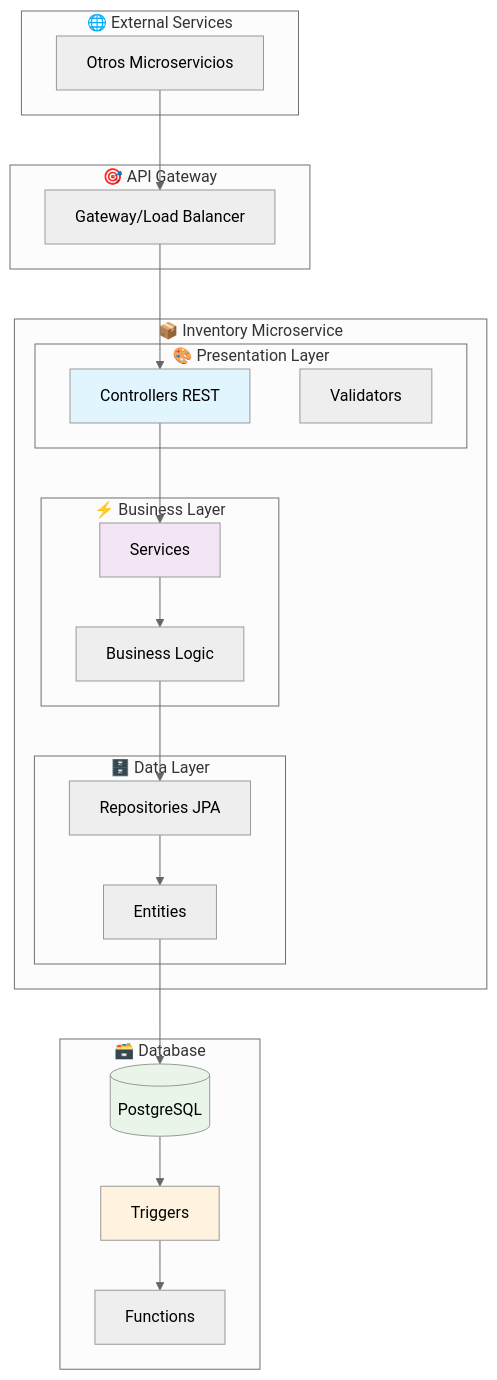
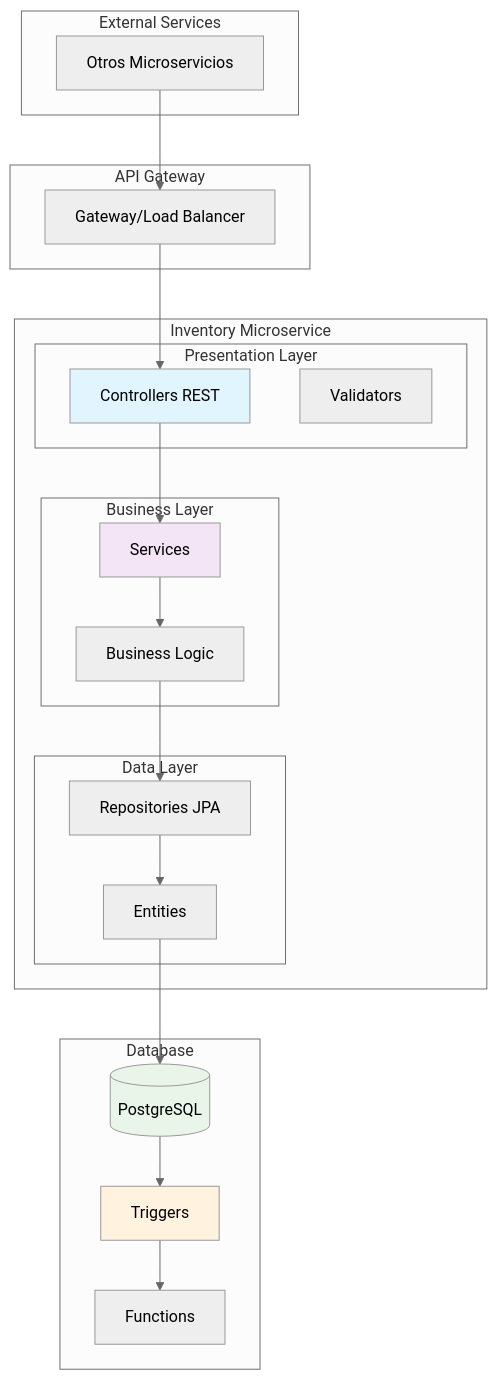
The first of 3 diagrams in README.md (jonaszubietaleon/vg-ms-transaction), drawn with Mermaid (neutral theme) before and after one commit. The commit also changed other lines of this file, not shown here.

````diff
--- a/README.md
+++ b/README.md
@@ -38,48 +38,48 @@
 ```mermaid
 graph TB
-    subgraph "🌐 External Services"
+    subgraph "External Services"
         EXT[Otros Microservicios]
     end
     
-    subgraph "🎯 API Gateway"
+    subgraph "API Gateway"
         GW[Gateway/Load Balancer]
     end
     
-    subgraph "📦 Inventory Microservice"
-        subgraph "🎨 Presentation Layer"
+    subgraph "Inventory Microservice"
+        subgraph "Presentation Layer"
             CTR[Controllers REST]
             VAL[Validators]
         end
         
-        subgraph "⚡ Business Layer"
+        subgraph "Business Layer"
             SRV[Services]
             LOGIC[Business Logic]
         end
         
-        subgraph "🗄️ Data Layer"
+        subgraph "Data Layer"
             REPO[Repositories JPA]
             ENT[Entities]
         end
     end
     
-    subgraph "🗃️ Database"
+    subgraph "Database"
         DB[(PostgreSQL)]
         TRG[Triggers]
         FUNC[Functions]
     end
     
     EXT --> GW
     GW --> CTR
     CTR --> SRV
     SRV --> LOGIC
     LOGIC --> REPO
     REPO --> ENT
     ENT --> DB
     DB --> TRG
     TRG --> FUNC
     
     style CTR fill:#e1f5fe
     style SRV fill:#f3e5f5
     style DB fill:#e8f5e8
     style TRG fill:#fff3e0
 ```
````
